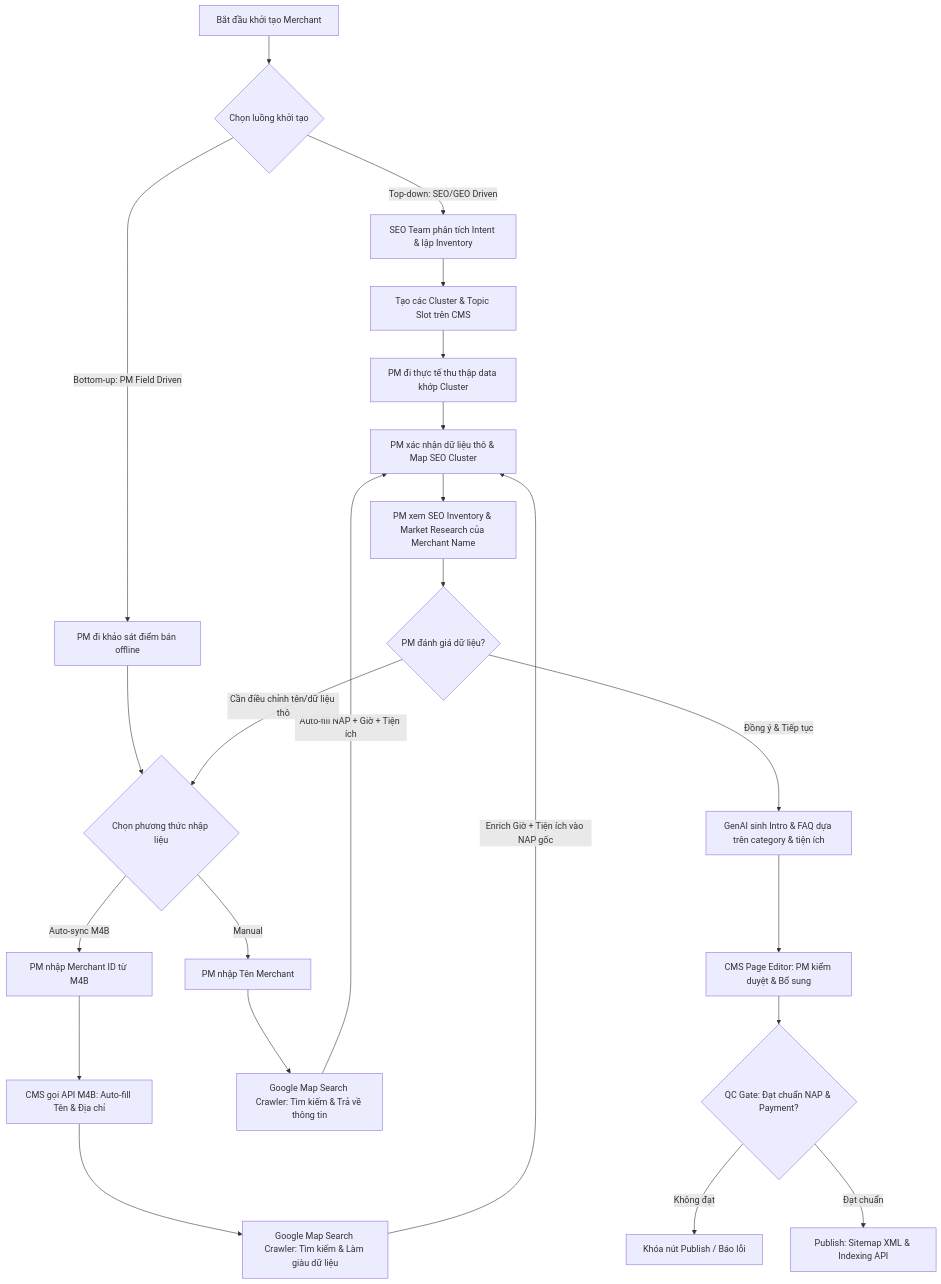
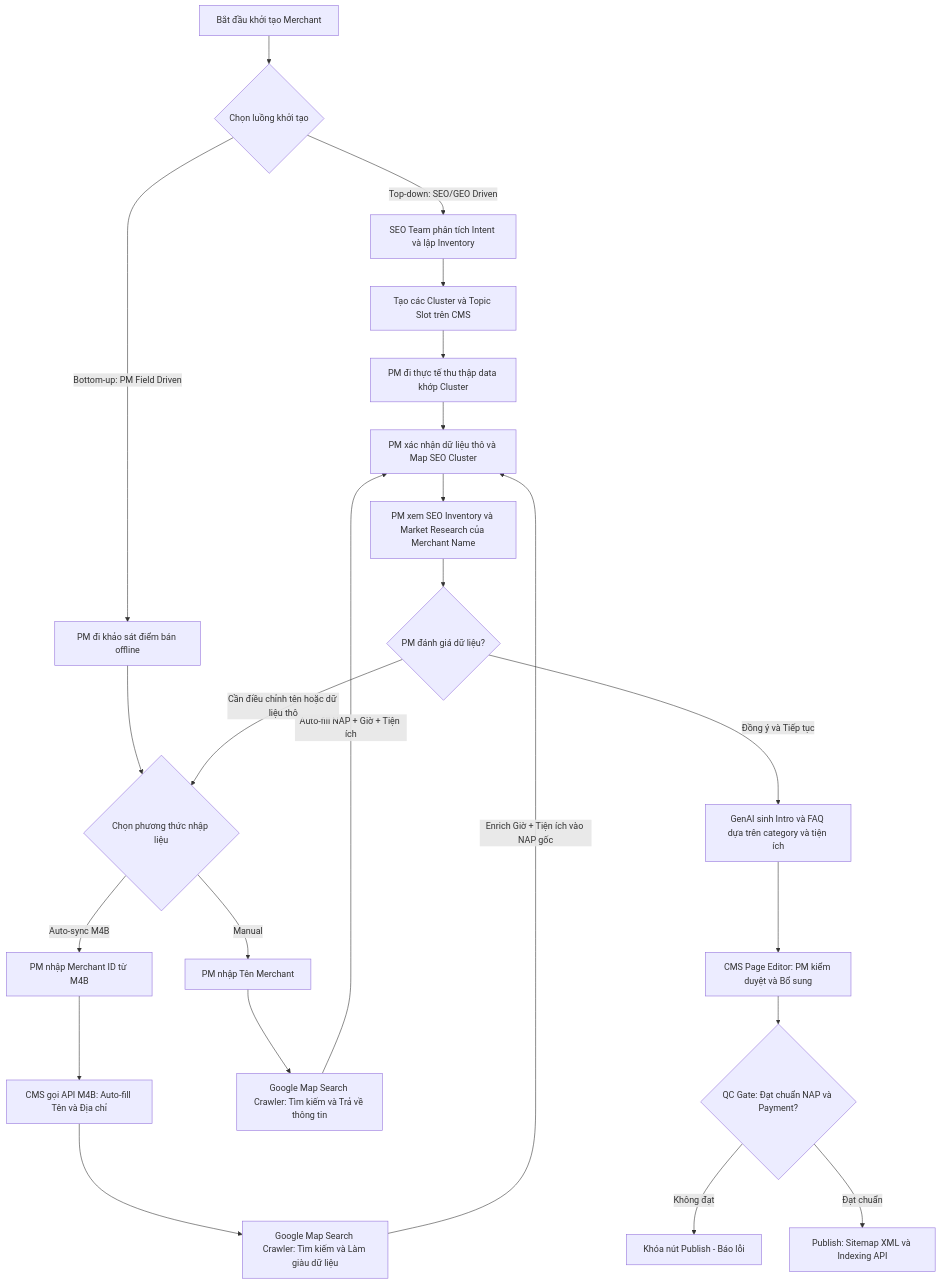
One commit to vanhien26/hienho-knowledgebase changed the first of 2 diagrams in 08_PRD/doi-tac-prd.md. Above: the diagram before and after it, drawn with Mermaid. The commit also changed other lines of this file and 7 other files, not shown here.

First line of the commit message:
docs: restructure Merchant BRD, sync PRD v0.3, fix Mermaid diagrams

````diff
--- a/08_PRD/doi-tac-prd.md
+++ b/08_PRD/doi-tac-prd.md
@@ -266,29 +267,29 @@
 ```mermaid
 graph TD
-    A[Bắt đầu khởi tạo Merchant] --> B{Chọn luồng khởi tạo}
-    B -->|Top-down: SEO/GEO Driven| C[SEO Team phân tích Intent & lập Inventory]
-    C --> D[Tạo các Cluster & Topic Slot trên CMS]
-    D --> E[PM đi thực tế thu thập data khớp Cluster]
-    
-    B -->|Bottom-up: PM Field Driven| F[PM đi khảo sát điểm bán offline]
-    F --> G{Chọn phương thức nhập liệu}
-    G -->|Manual| H[PM nhập Tên Merchant]
-    G -->|Auto-sync M4B| I[PM nhập Merchant ID từ M4B]
-    I --> J[CMS gọi API M4B: Auto-fill Tên & Địa chỉ]
-    
-    H --> CRAWL_MANUAL[Google Map Search Crawler: Tìm kiếm & Trả về thông tin]
-    J --> CRAWL_SYNC[Google Map Search Crawler: Tìm kiếm & Làm giàu dữ liệu]
-    
-    CRAWL_MANUAL -->|Auto-fill NAP + Giờ + Tiện ích| K[PM xác nhận dữ liệu thô & Map SEO Cluster]
-    CRAWL_SYNC -->|Enrich Giờ + Tiện ích vào NAP gốc| K
+    A["Bắt đầu khởi tạo Merchant"] --> B{"Chọn luồng khởi tạo"}
+    B -->|"Top-down: SEO/GEO Driven"| C["SEO Team phân tích Intent và lập Inventory"]
+    C --> D["Tạo các Cluster và Topic Slot trên CMS"]
+    D --> E["PM đi thực tế thu thập data khớp Cluster"]
+
+    B -->|"Bottom-up: PM Field Driven"| F["PM đi khảo sát điểm bán offline"]
+    F --> G{"Chọn phương thức nhập liệu"}
+    G -->|"Manual"| H["PM nhập Tên Merchant"]
+    G -->|"Auto-sync M4B"| I["PM nhập Merchant ID từ M4B"]
+    I --> J["CMS gọi API M4B: Auto-fill Tên và Địa chỉ"]
+
+    H --> CRAWL_MANUAL["Google Map Search Crawler: Tìm kiếm và Trả về thông tin"]
+    J --> CRAWL_SYNC["Google Map Search Crawler: Tìm kiếm và Làm giàu dữ liệu"]
+
+    CRAWL_MANUAL -->|"Auto-fill NAP + Giờ + Tiện ích"| K["PM xác nhận dữ liệu thô và Map SEO Cluster"]
+    CRAWL_SYNC -->|"Enrich Giờ + Tiện ích vào NAP gốc"| K
     E --> K
-    
-    K --> PREVIEW[PM xem SEO Inventory & Market Research của Merchant Name]
-    PREVIEW --> DECIDE{PM đánh giá dữ liệu?}
-    DECIDE -->|Cần điều chỉnh tên/dữ liệu thô| G
-    DECIDE -->|Đồng ý & Tiếp tục| L[GenAI sinh Intro & FAQ dựa trên category & tiện ích]
-    L --> M[CMS Page Editor: PM kiểm duyệt & Bổ sung]
-    M --> N{QC Gate: Đạt chuẩn NAP & Payment?}
-    N -->|Không đạt| O[Khóa nút Publish / Báo lỗi]
-    N -->|Đạt chuẩn| P[Publish: Sitemap XML & Indexing API]
+
+    K --> PREVIEW["PM xem SEO Inventory và Market Research của Merchant Name"]
+    PREVIEW --> DECIDE{"PM đánh giá dữ liệu?"}
+    DECIDE -->|"Cần điều chỉnh tên hoặc dữ liệu thô"| G
+    DECIDE -->|"Đồng ý và Tiếp tục"| L["GenAI sinh Intro và FAQ dựa trên category và tiện ích"]
+    L --> M["CMS Page Editor: PM kiểm duyệt và Bổ sung"]
+    M --> N{"QC Gate: Đạt chuẩn NAP và Payment?"}
+    N -->|"Không đạt"| O["Khóa nút Publish - Báo lỗi"]
+    N -->|"Đạt chuẩn"| P["Publish: Sitemap XML và Indexing API"]
 ```
````
